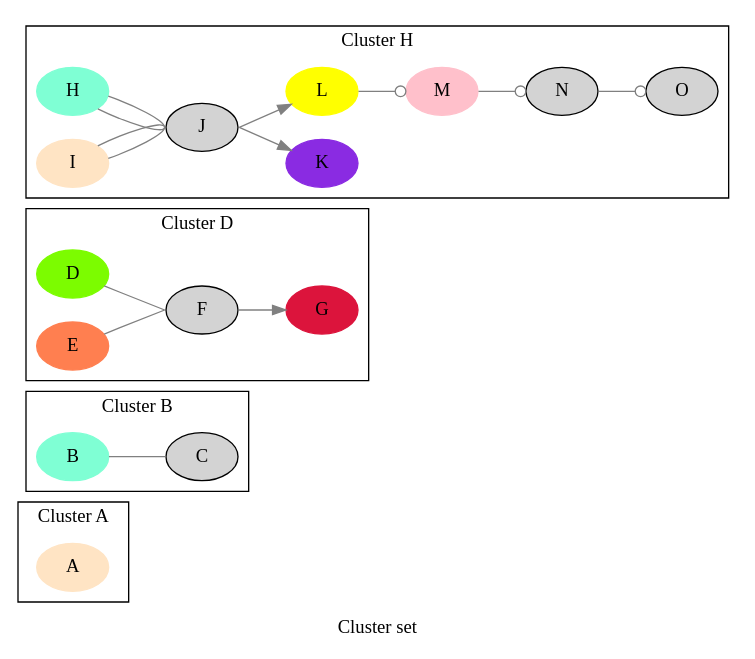
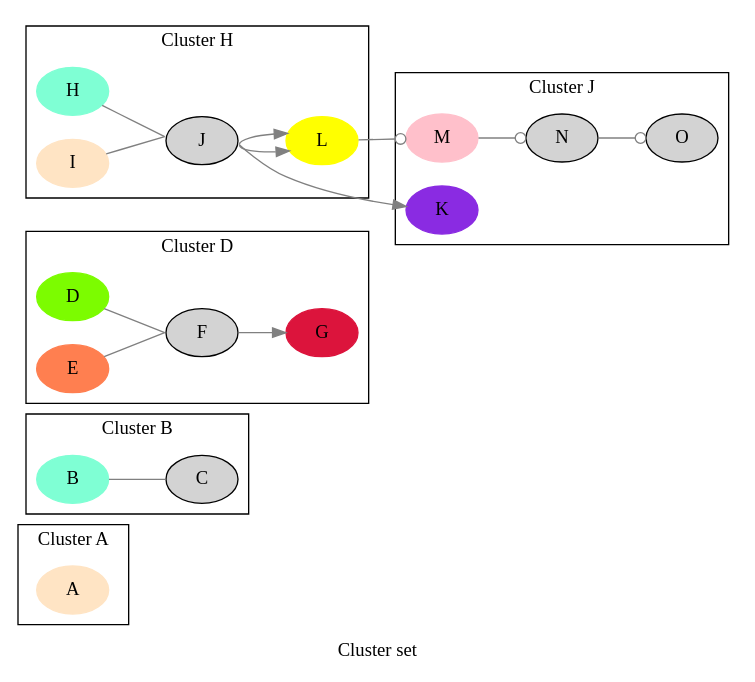
One commit to graphviz-perl/GraphViz2-Marpa-PathUtils changed the diagram in data/14.clusters.out.gv. Above: the diagram before and after it, drawn with Graphviz. The commit also changed 11 other files, not shown here.

```diff
--- a/data/14.clusters.out.gv
+++ b/data/14.clusters.out.gv
@@ -1,74 +1,77 @@
 digraph Perl
 {
 graph [ label="Cluster set" rankdir="LR" ]
 
 subgraph "cluster A"
 {
 graph [ label="Cluster A" rankdir="LR" ]
 
 "A" [ color="bisque" shape="oval" style="filled" ]
 }
 
 subgraph "cluster B"
 {
 graph [ label="Cluster B" rankdir="LR" ]
 
 "B" [ color="aquamarine" shape="oval" style="filled" ]
 "C" [ shape="oval" style="filled" ]
 "B" -> "C" [ arrowhead="none" color="grey" label="" samehead="1" ]
 }
 
 subgraph "cluster D"
 {
 graph [ label="Cluster D" rankdir="LR" ]
 
 "D" [ color="lawngreen" shape="oval" style="filled" ]
 "F" [ shape="oval" style="filled" ]
 "D" -> "F" [ arrowhead="none" color="grey" label="" samehead="1" ]
 "E" [ color="coral" shape="oval" style="filled" ]
 "F" [ shape="oval" style="filled" ]
 "E" -> "F" [ arrowhead="none" color="grey" label="" samehead="1" ]
 "F" [ shape="oval" style="filled" ]
 "G" [ color="crimson" shape="oval" style="filled" ]
 "F" -> "G" [ color="grey" label="" sametail="1" ]
 }
 
 subgraph "cluster H"
 {
 graph [ label="Cluster H" rankdir="LR" ]
 
 "H" [ color="aquamarine" shape="oval" style="filled" ]
 "J" [ shape="oval" style="filled" ]
 "H" -> "J" [ arrowhead="none" color="grey" label="" samehead="1" ]
 "I" [ color="bisque" shape="oval" style="filled" ]
 "J" [ shape="oval" style="filled" ]
 "I" -> "J" [ arrowhead="none" color="grey" label="" samehead="1" ]
 "J" [ shape="oval" style="filled" ]
+"L" [ color="yellow" shape="oval" style="filled" ]
+"J" -> "L" [ color="grey" label="" sametail="1" ]
+}
+
+subgraph "cluster J"
+{
+graph [ label="Cluster J" rankdir="LR" ]
+
+"J" [ shape="oval" style="filled" ]
 "K" [ color="blueviolet" shape="oval" style="filled" ]
 "J" -> "K" [ color="grey" label="" sametail="1" ]
 }
 
-subgraph "cluster H"
+subgraph "cluster J"
 {
-graph [ label="Cluster H" rankdir="LR" ]
+graph [ label="Cluster J" rankdir="LR" ]
 
-"H" [ color="aquamarine" shape="oval" style="filled" ]
-"J" [ shape="oval" style="filled" ]
-"H" -> "J" [ arrowhead="none" color="grey" label="" samehead="1" ]
-"I" [ color="bisque" shape="oval" style="filled" ]
-"J" [ shape="oval" style="filled" ]
-"I" -> "J" [ arrowhead="none" color="grey" label="" samehead="1" ]
 "J" [ shape="oval" style="filled" ]
 "L" [ color="yellow" shape="oval" style="filled" ]
 "J" -> "L" [ color="grey" label="" sametail="1" ]
 "L" [ color="yellow" shape="oval" style="filled" ]
 "M" [ color="pink" shape="oval" style="filled" ]
 "L" -> "M" [ arrowhead="odot" color="grey" label="" ]
 "M" [ color="pink" shape="oval" style="filled" ]
 "N" [ shape="oval" style="filled" ]
 "M" -> "N" [ arrowhead="odot" color="grey" label="" ]
 "N" [ shape="oval" style="filled" ]
 "O" [ shape="oval" style="filled" ]
 "N" -> "O" [ arrowhead="odot" color="grey" label="" ]
 }
 }
```
